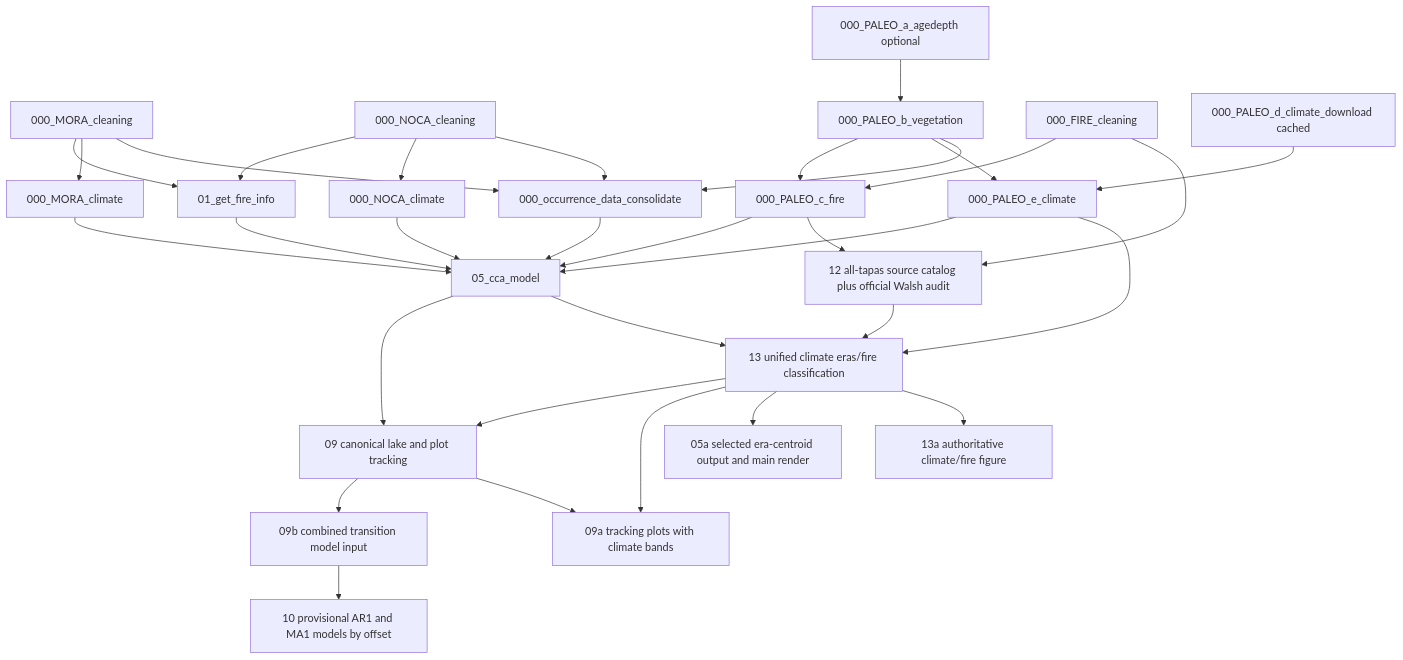
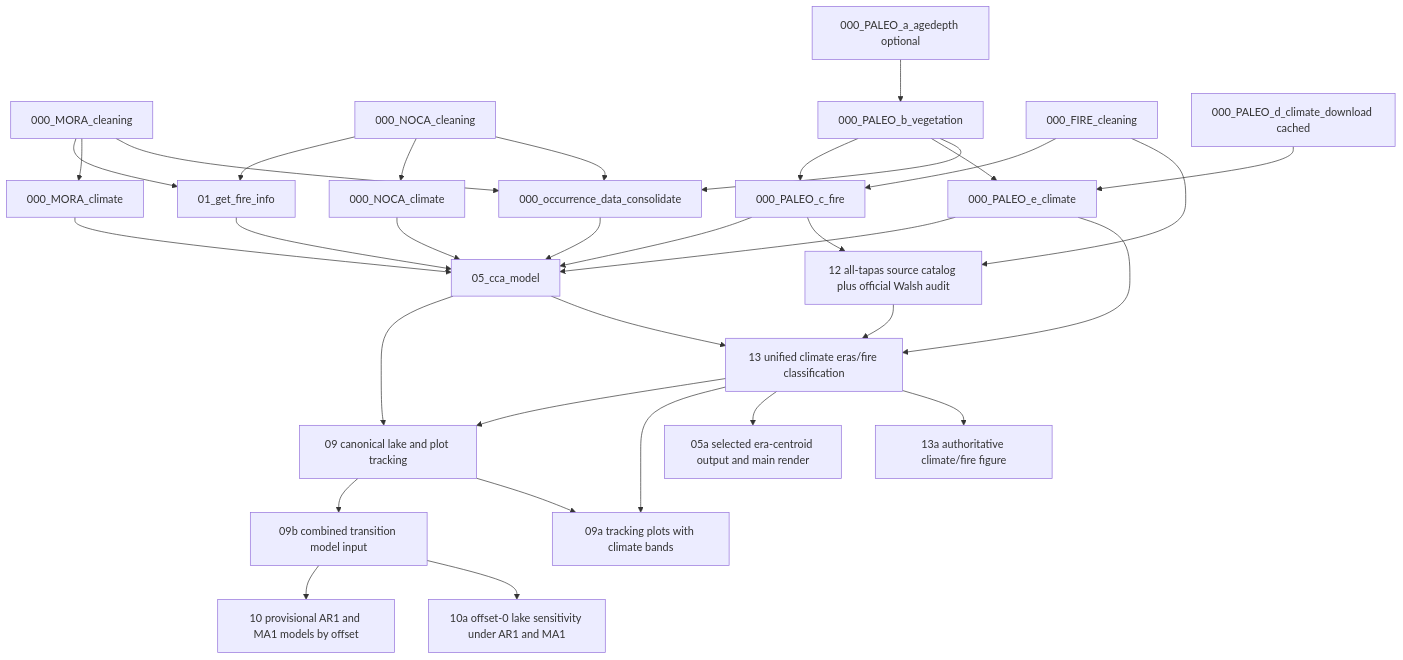
The diagram in docs/WORKFLOW.md (billurbektas/PaleoACES), drawn with Mermaid before and after one commit. The commit also changed other lines of this file and 32 other files, not shown here.

Commit message:
Add offset-zero lake sensitivity to tracking workflow

````diff
--- a/docs/WORKFLOW.md
+++ b/docs/WORKFLOW.md
@@ -73,34 +74,35 @@
 ```mermaid
 flowchart TD
   MV[000_MORA_cleaning] --> AF[01_get_fire_info]
   NV[000_NOCA_cleaning] --> AF
   MV --> MC[000_MORA_climate]
   NV --> NC[000_NOCA_climate]
   BA[000_PALEO_a_agedepth optional] --> PV[000_PALEO_b_vegetation]
   FW[000_FIRE_cleaning] --> PF[000_PALEO_c_fire]
   PV --> PF
   PD[000_PALEO_d_climate_download cached] --> PE[000_PALEO_e_climate]
   PV --> PE
   MV --> OC[000_occurrence_data_consolidate]
   NV --> OC
   PV --> OC
   OC --> CCA[05_cca_model]
   MC --> CCA
   NC --> CCA
   PE --> CCA
   AF --> CCA
   PF --> CCA
   CCA --> TM1[09 canonical lake and plot tracking]
   FW --> WR[12 all-tapas source catalog plus official Walsh audit]
   PF --> WR
   CCA --> ER[13 unified climate eras/fire classification]
   ER --> TM1
   TM1 --> MD[09b combined transition model input]
   MD --> GLS[10 provisional AR1 and MA1 models by offset]
+  MD --> LS[10a offset-0 lake sensitivity under AR1 and MA1]
   TM1 --> TV[09a tracking plots with climate bands]
   ER --> TV
   PE --> ER
   WR --> ER
   ER --> CA[05a selected era-centroid output and main render]
   ER --> CF[13a authoritative climate/fire figure]
 ```
````
